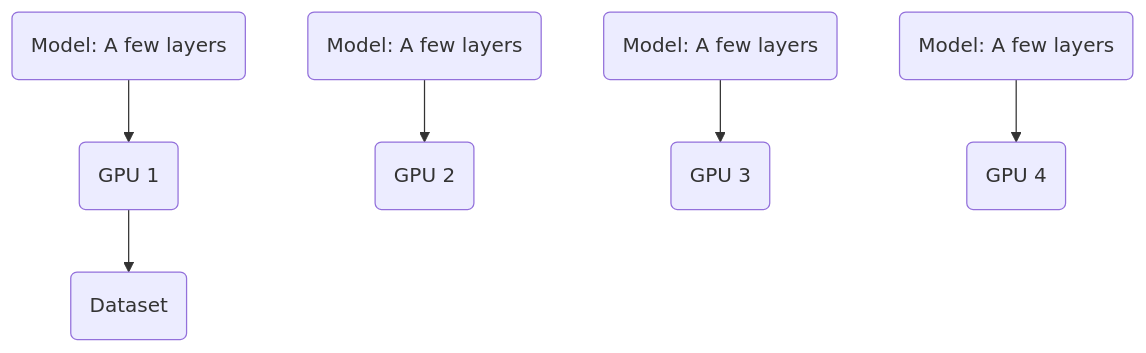
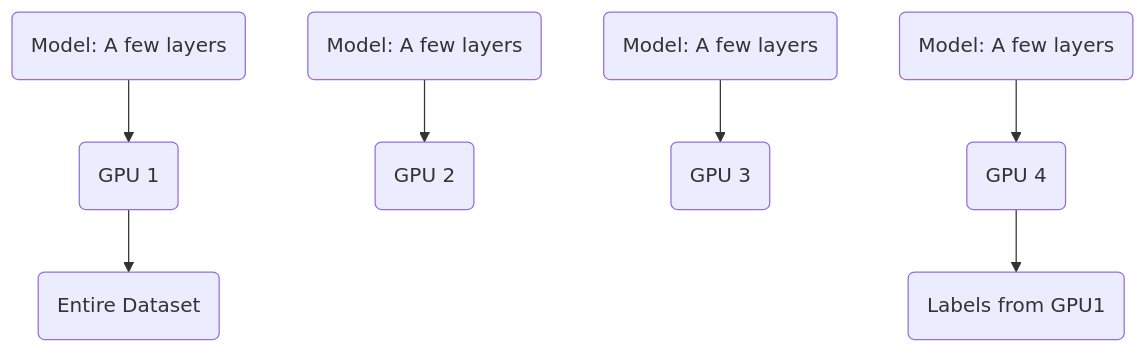
One commit to nchandolaj/AdvancesInDeepLearning changed the third of 3 diagrams in advanced_training/docs/distributed_training.md. Above: the diagram before and after it, drawn with Mermaid. The commit also changed other lines of this file, not shown here.

````diff
--- a/advanced_training/docs/distributed_training.md
+++ b/advanced_training/docs/distributed_training.md
@@ -117,8 +133,9 @@
 ```mermaid
 graph TD;
     MCA(Model: A few layers)-->GPU1(GPU 1);
     MCB(Model: A few layers)-->GPU2(GPU 2);
     MCC(Model: A few layers)-->GPU3(GPU 3);
     MCD(Model: A few layers)-->GPU4(GPU 4);
-    GPU1-->DS(Dataset);
+    GPU1-->DS(Entire Dataset);
+    GPU4-->L(Labels from GPU1)
 ```
````
